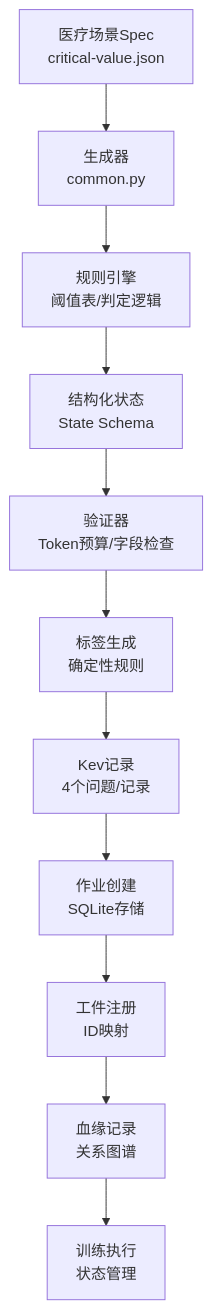
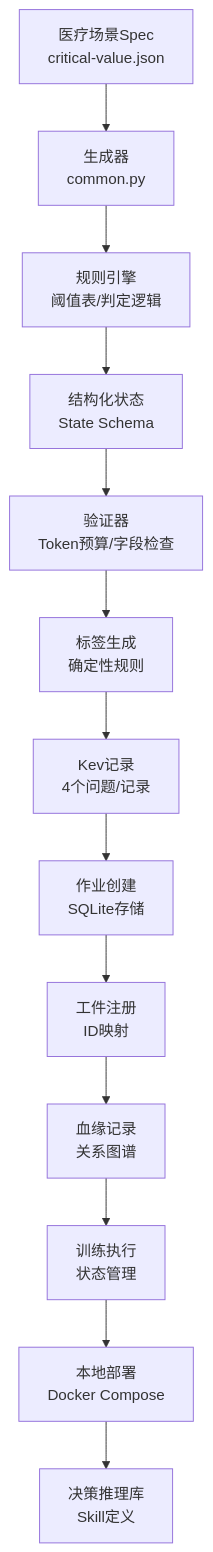
Before and after one commit to joezxh/kev: the fifth of 13 diagrams in .qoder/repowiki/zh/content/训练框架/训练框架.md, drawn with Mermaid. The commit also changed other lines of this file and 124 other files, not shown here.

````diff
--- a/.qoder/repowiki/zh/content/训练框架/训练框架.md
+++ b/.qoder/repowiki/zh/content/训练框架/训练框架.md
@@ -286,13 +323,15 @@
 ```mermaid
 flowchart TD
 Spec["医疗场景Spec<br/>critical-value.json"] --> Gen["生成器<br/>common.py"]
 Gen --> Rules["规则引擎<br/>阈值表/判定逻辑"]
 Rules --> Struct["结构化状态<br/>State Schema"]
 Struct --> Valid["验证器<br/>Token预算/字段检查"]
 Valid --> Label["标签生成<br/>确定性规则"]
 Label --> Record["Kev记录<br/>4个问题/记录"]
 Record --> Job["作业创建<br/>SQLite存储"]
 Job --> Artifact["工件注册<br/>ID映射"]
 Artifact --> Lineage["血缘记录<br/>关系图谱"]
 Lineage --> Train["训练执行<br/>状态管理"]
+Train --> Deploy["本地部署<br/>Docker Compose"]
+Deploy --> Skills["决策推理库<br/>Skill定义"]
 ```
````
